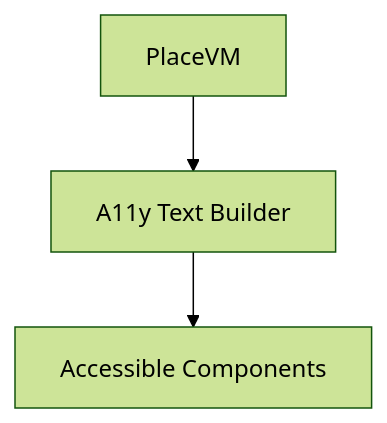
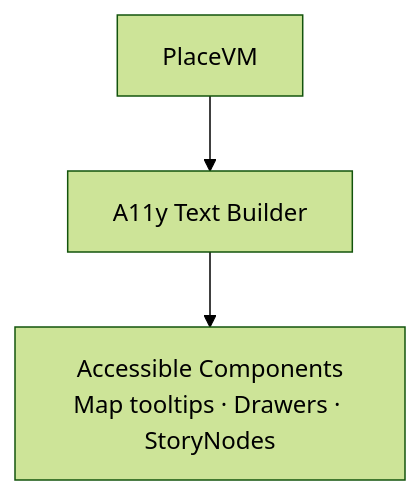
Before and after one commit to bartytime4life/Kansas-Frontier-Matrix: the fourth of 4 diagrams in web/src/entities/places/README.md, drawn with Mermaid (forest theme). The commit also changed other lines of this file, not shown here.

````diff
--- a/web/src/entities/places/README.md
+++ b/web/src/entities/places/README.md
@@ -188,5 +291,5 @@
-```mermaid
+~~~mermaid
 flowchart TD
     PVM[PlaceVM] --> A11Y[A11y Text Builder]
-    A11Y --> UI[Accessible Components]
-```
+    A11Y --> UI[Accessible Components<br/>Map tooltips · Drawers · StoryNodes]
+~~~
````
